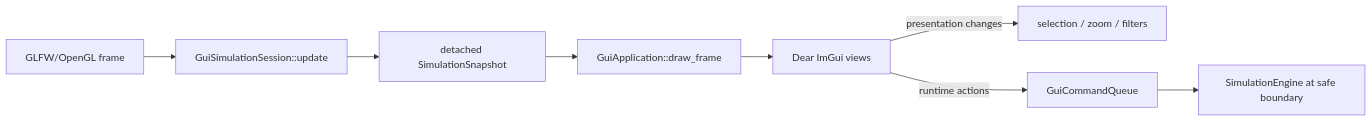
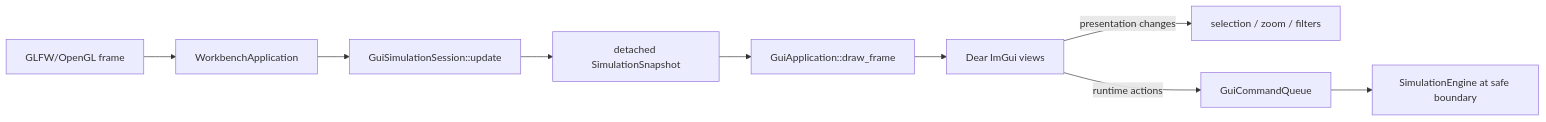
One commit to gaochuanchao/CPSSim changed the diagram in docs/gui/README.md. Above: the diagram before and after it, drawn with Mermaid. The commit also changed other lines of this file and 8 other files, not shown here.

Commit message:
goal7: extract graphics-independent workbench application

````diff
--- a/docs/gui/README.md
+++ b/docs/gui/README.md
@@ -289,10 +292,11 @@
 ```mermaid
 flowchart LR
-    Native[GLFW/OpenGL frame] --> Update[GuiSimulationSession::update]
+    Native[GLFW/OpenGL frame] --> Workbench[WorkbenchApplication]
+    Workbench --> Update[GuiSimulationSession::update]
     Update --> Snapshot[detached SimulationSnapshot]
     Snapshot --> App[GuiApplication::draw_frame]
     App --> Views[Dear ImGui views]
     Views -->|presentation changes| ViewState[selection / zoom / filters]
     Views -->|runtime actions| Queue[GuiCommandQueue]
     Queue --> Engine[SimulationEngine at safe boundary]
 ```
````
